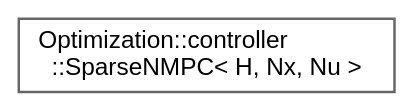
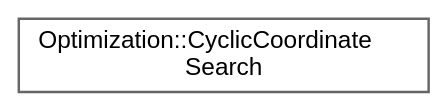
Before and after one commit to jswoo0615/Algorithms_for_Optimization_cpp: the diagram in inherit_graph_19.dot, drawn with Graphviz. The commit also changed 348 other files, not shown here.

```diff
--- a/inherit_graph_19.dot
+++ b/inherit_graph_19.dot
@@ -1,9 +1,9 @@
 digraph "Graphical Class Hierarchy"
 {
  // LATEX_PDF_SIZE
   bgcolor="transparent";
   edge [fontname=Helvetica,fontsize=10,labelfontname=Helvetica,labelfontsize=10];
   node [fontname=Helvetica,fontsize=10,shape=box,height=0.2,width=0.4];
   rankdir="LR";
-  Node0 [id="Node000000",label="Optimization::controller\l::SparseNMPC\< H, Nx, Nu \>",height=0.2,width=0.4,color="grey40", fillcolor="white", style="filled",URL="$classOptimization_1_1controller_1_1SparseNMPC.html",tooltip=" "];
+  Node0 [id="Node000000",label="Optimization::CyclicCoordinate\lSearch",height=0.2,width=0.4,color="grey40", fillcolor="white", style="filled",URL="$classOptimization_1_1CyclicCoordinateSearch.html",tooltip="Cyclic Coordinate Search (순환 좌표 탐색) 알고리즘 클래스"];
 }
```
